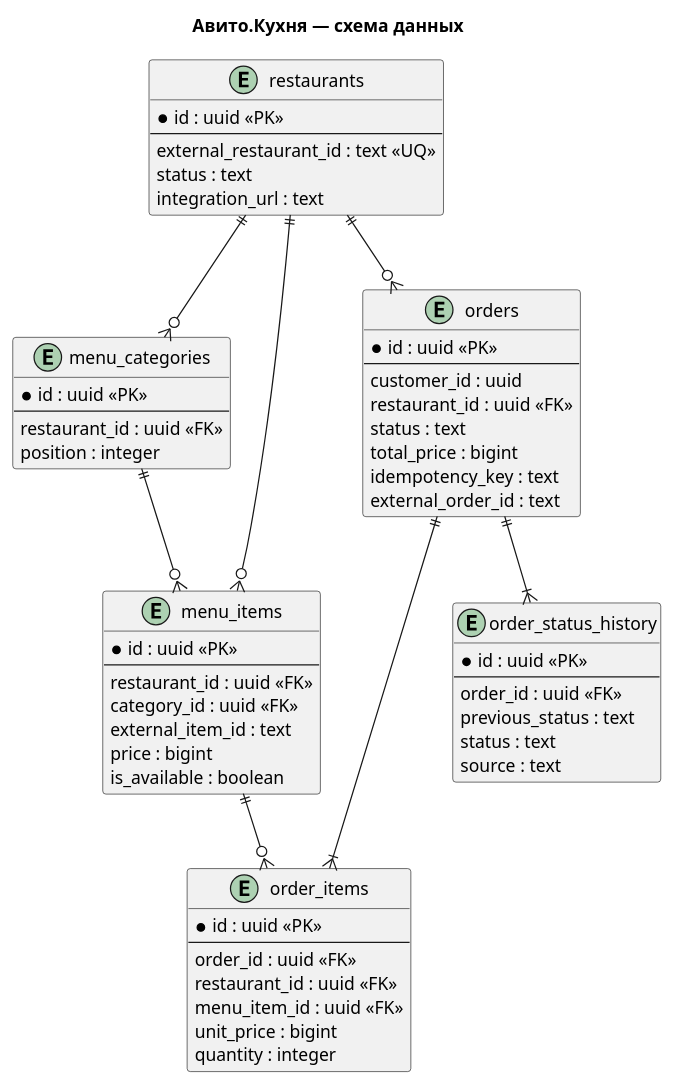
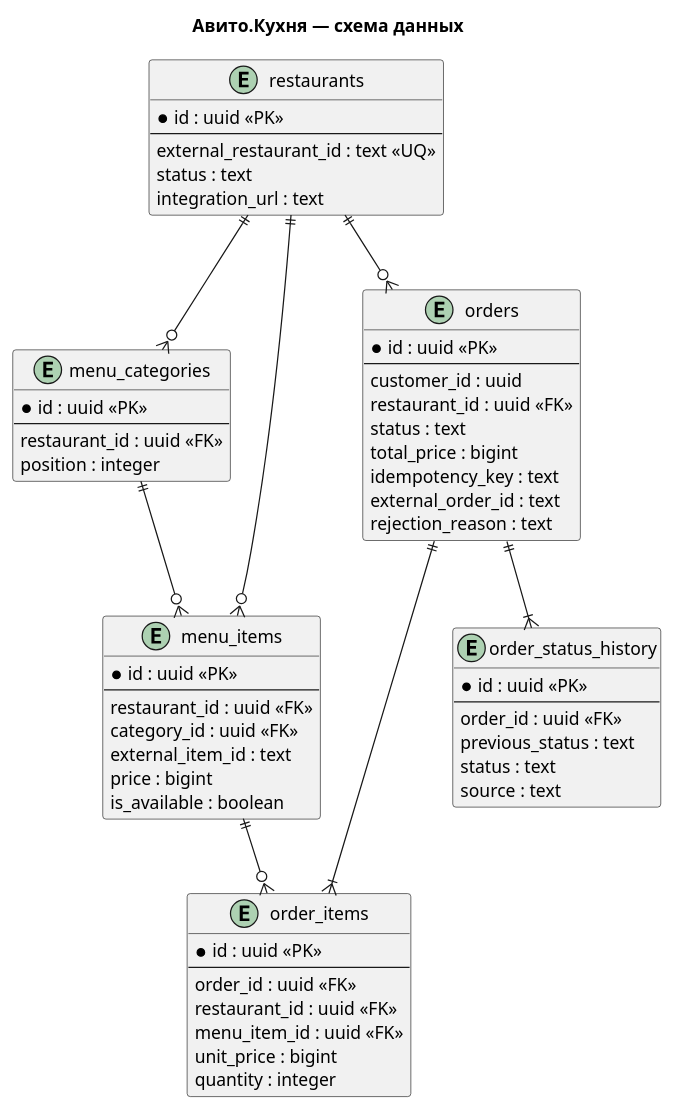
Before and after one commit to Waydss/kitchen: the diagram in docs/database.puml, drawn with PlantUML. The commit also changed 31 other files, not shown here.

Commit message:
feat: harden order flow and add CI quality checks

```diff
--- a/docs/database.puml
+++ b/docs/database.puml
@@ -1,62 +1,63 @@
 @startuml
 title Авито.Кухня — схема данных
 hide methods
 
 entity restaurants {
   * id : uuid <<PK>>
   --
   external_restaurant_id : text <<UQ>>
   status : text
   integration_url : text
 }
 entity menu_categories {
   * id : uuid <<PK>>
   --
   restaurant_id : uuid <<FK>>
   position : integer
 }
 entity menu_items {
   * id : uuid <<PK>>
   --
   restaurant_id : uuid <<FK>>
   category_id : uuid <<FK>>
   external_item_id : text
   price : bigint
   is_available : boolean
 }
 entity orders {
   * id : uuid <<PK>>
   --
   customer_id : uuid
   restaurant_id : uuid <<FK>>
   status : text
   total_price : bigint
   idempotency_key : text
   external_order_id : text
+  rejection_reason : text
 }
 entity order_items {
   * id : uuid <<PK>>
   --
   order_id : uuid <<FK>>
   restaurant_id : uuid <<FK>>
   menu_item_id : uuid <<FK>>
   unit_price : bigint
   quantity : integer
 }
 entity order_status_history {
   * id : uuid <<PK>>
   --
   order_id : uuid <<FK>>
   previous_status : text
   status : text
   source : text
 }
 
 restaurants ||--o{ menu_categories
 restaurants ||--o{ menu_items
 menu_categories ||--o{ menu_items
 restaurants ||--o{ orders
 orders ||--|{ order_items
 menu_items ||--o{ order_items
 orders ||--|{ order_status_history
 @enduml
```
